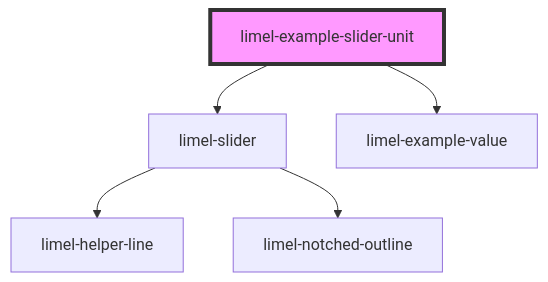
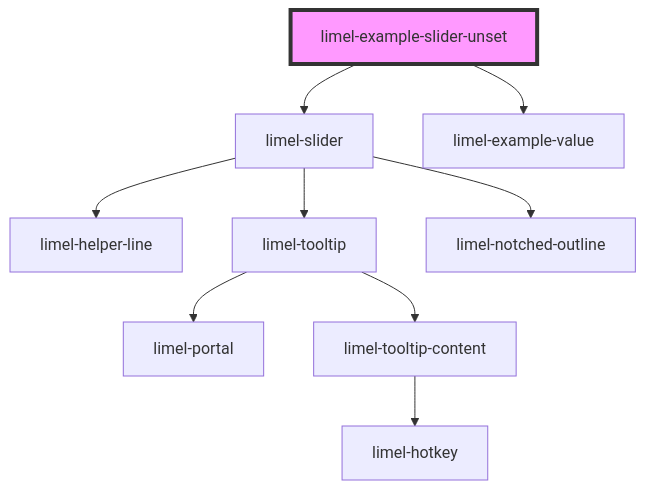
The diagram in versions/PR-4084/markdown-docs/components/slider/examples/readme.md (Lundalogik/lime-elements), drawn with Mermaid before and after one commit. The commit also changed other lines of this file and 573 other files, not shown here.

````diff
--- a/versions/PR-4084/markdown-docs/components/slider/examples/readme.md
+++ b/versions/PR-4084/markdown-docs/components/slider/examples/readme.md
@@ -25,8 +34,12 @@
 ```mermaid
 graph TD;
-  limel-example-slider-unit --> limel-slider
-  limel-example-slider-unit --> limel-example-value
+  limel-example-slider-unset --> limel-slider
+  limel-example-slider-unset --> limel-example-value
   limel-slider --> limel-helper-line
+  limel-slider --> limel-tooltip
   limel-slider --> limel-notched-outline
-  style limel-example-slider-unit fill:#f9f,stroke:#333,stroke-width:4px
+  limel-tooltip --> limel-portal
+  limel-tooltip --> limel-tooltip-content
+  limel-tooltip-content --> limel-hotkey
+  style limel-example-slider-unset fill:#f9f,stroke:#333,stroke-width:4px
 ```
````
